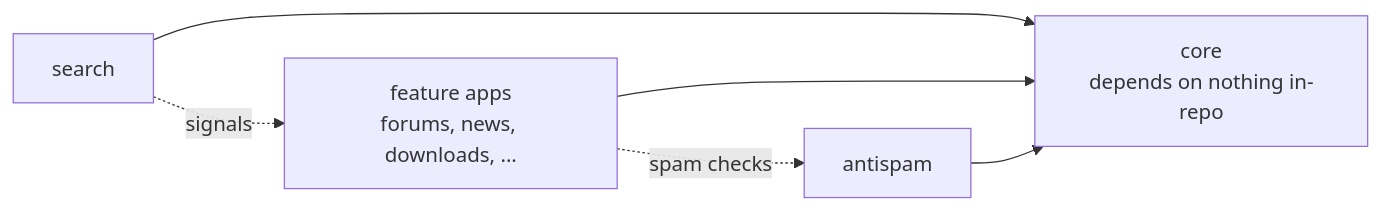
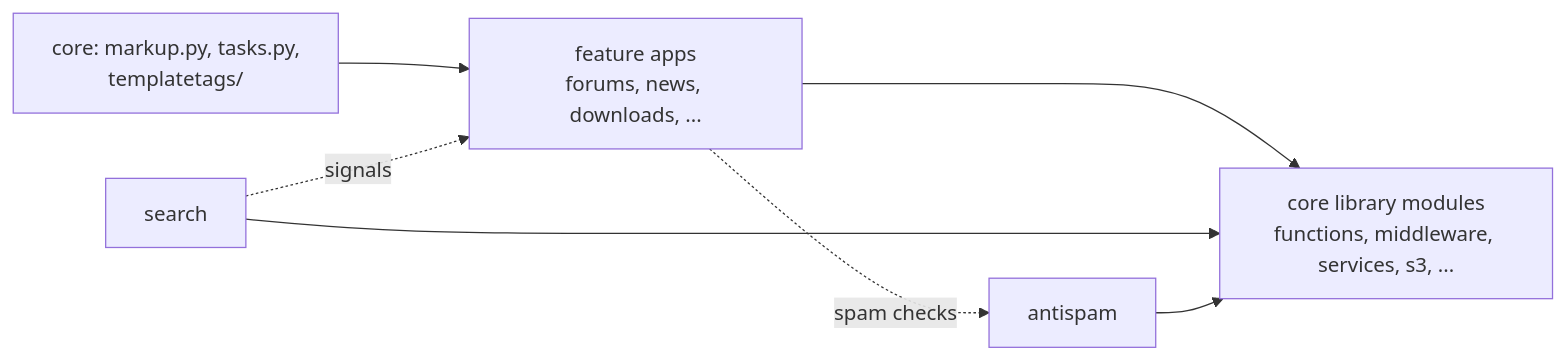
The third of 5 diagrams in .agents/summary/architecture.md (gremmie/sg101), drawn with Mermaid before and after one commit. The commit also changed other lines of this file and 10 other files, not shown here.

````diff
--- a/.agents/summary/architecture.md
+++ b/.agents/summary/architecture.md
@@ -32,12 +65,14 @@
 ```mermaid
 graph LR
-    CORE[core<br/>depends on nothing in-repo]
+    CORE[core library modules<br/>functions, middleware, services, s3, ...]
+    COREX["core: markup.py, tasks.py,<br/>templatetags/"]
     FEATS[feature apps<br/>forums, news, downloads, ...]
     SEARCH[search]
     ANTI[antispam]
     FEATS --> CORE
     SEARCH --> CORE
     ANTI --> CORE
+    COREX --> FEATS
     SEARCH -. signals .-> FEATS
     FEATS -. spam checks .-> ANTI
 ```
````
